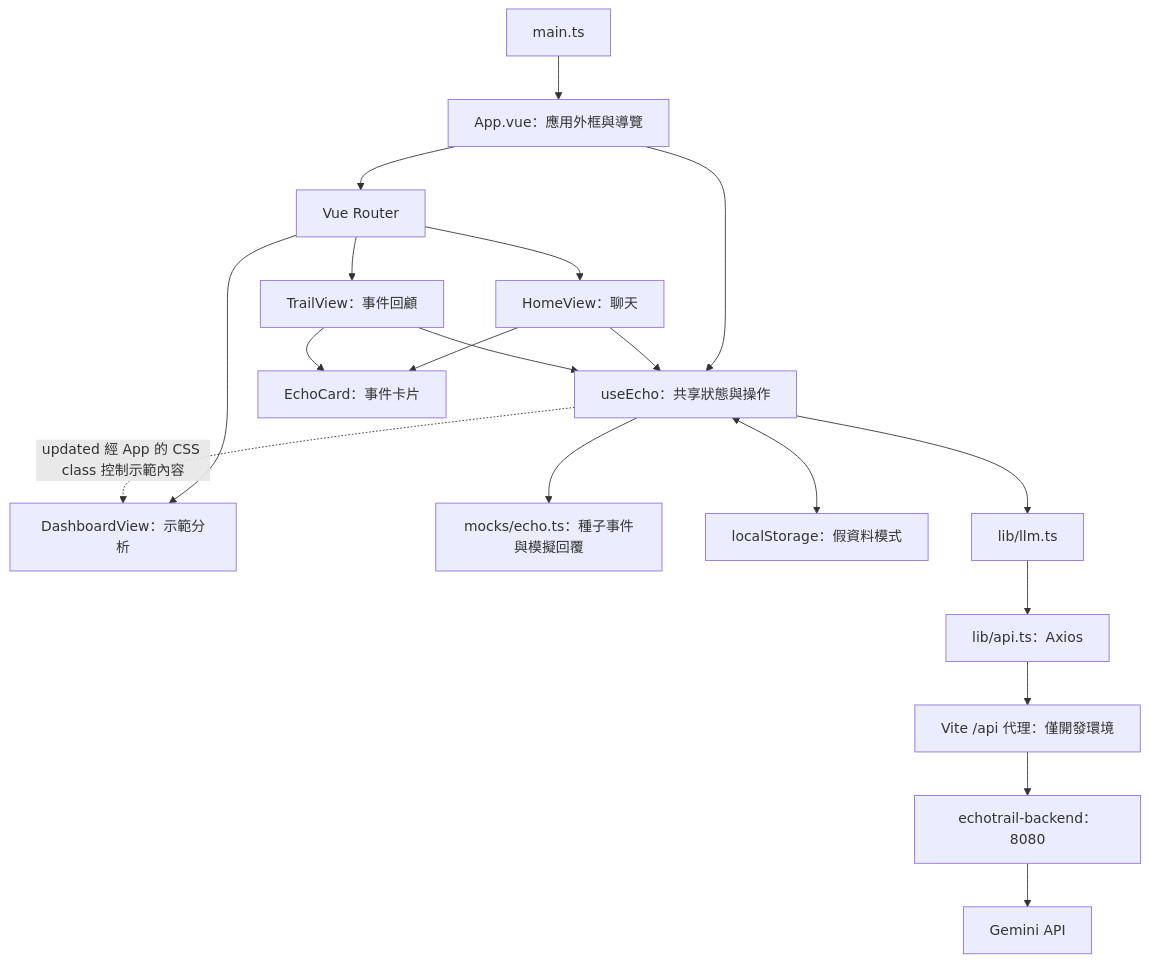
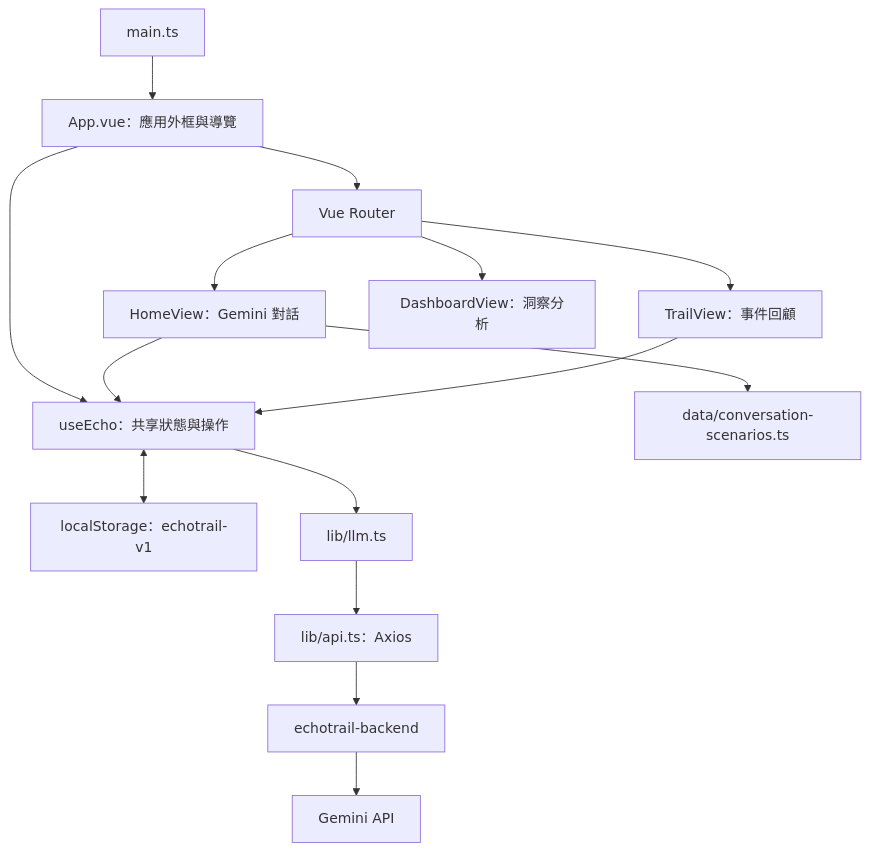
The diagram in docs/frontend-architecture.md (ZeYuanDuan/echotrail-frontend), drawn with Mermaid before and after one commit. The commit also changed other lines of this file and 19 other files, not shown here.

First line of the commit message:
feat: use Gemini-generated data by default

````diff
--- a/docs/frontend-architecture.md
+++ b/docs/frontend-architecture.md
@@ -9,21 +7,17 @@
 ```mermaid
 flowchart TD
     Entry[main.ts] --> App[App.vue：應用外框與導覽]
     App --> Router[Vue Router]
-    Router --> Home[HomeView：聊天]
+    Router --> Home[HomeView：Gemini 對話]
     Router --> Trail[TrailView：事件回顧]
-    Router --> Dashboard[DashboardView：示範分析]
+    Router --> Dashboard[DashboardView：洞察分析]
     App --> Store[useEcho：共享狀態與操作]
     Home --> Store
     Trail --> Store
-    Home --> Card[EchoCard：事件卡片]
-    Trail --> Card
-    Store --> Mock[mocks/echo.ts：種子事件與模擬回覆]
-    Store <--> Storage[localStorage：假資料模式]
+    Store <--> Storage[localStorage：echotrail-v1]
     Store --> LLM[lib/llm.ts]
     LLM --> API[lib/api.ts：Axios]
-    API --> Proxy[Vite /api 代理：僅開發環境]
-    Proxy --> Server[echotrail-backend：8080]
+    API --> Server[echotrail-backend]
     Server --> Gemini[Gemini API]
-    Store -. updated 經 App 的 CSS class 控制示範內容 .-> Dashboard
+    Home --> Scenarios[data/conversation-scenarios.ts]
 ```
````
